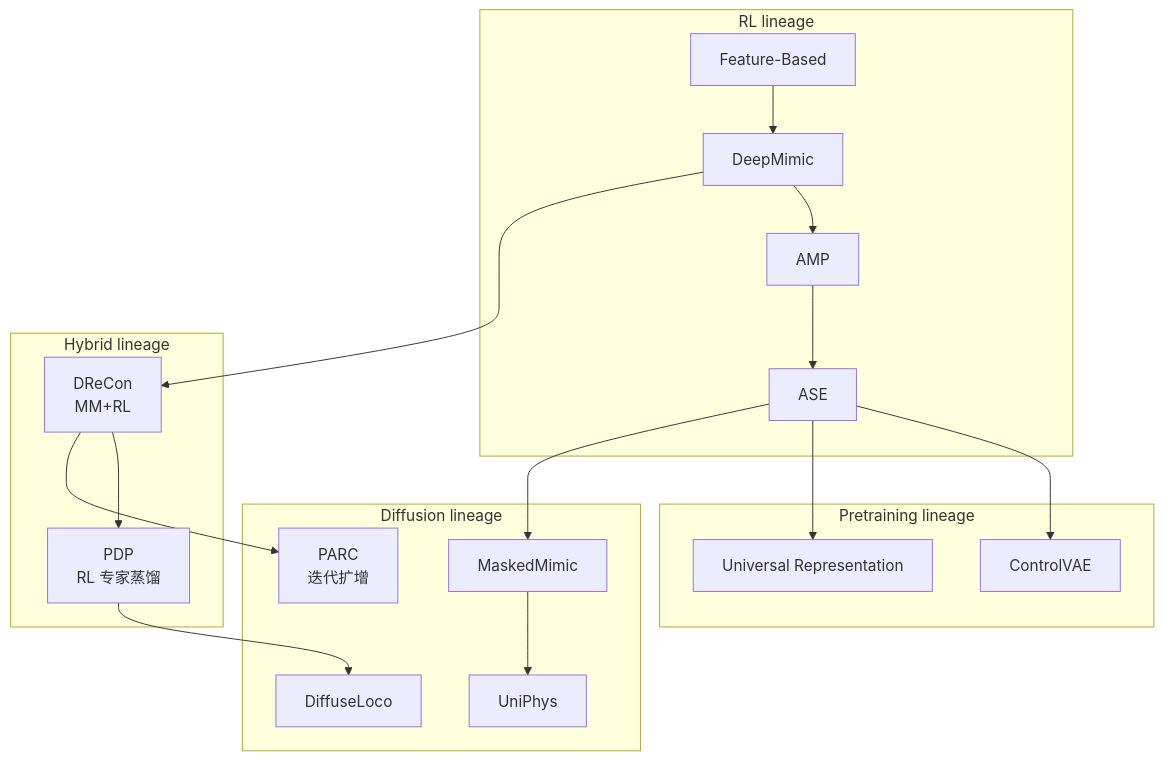
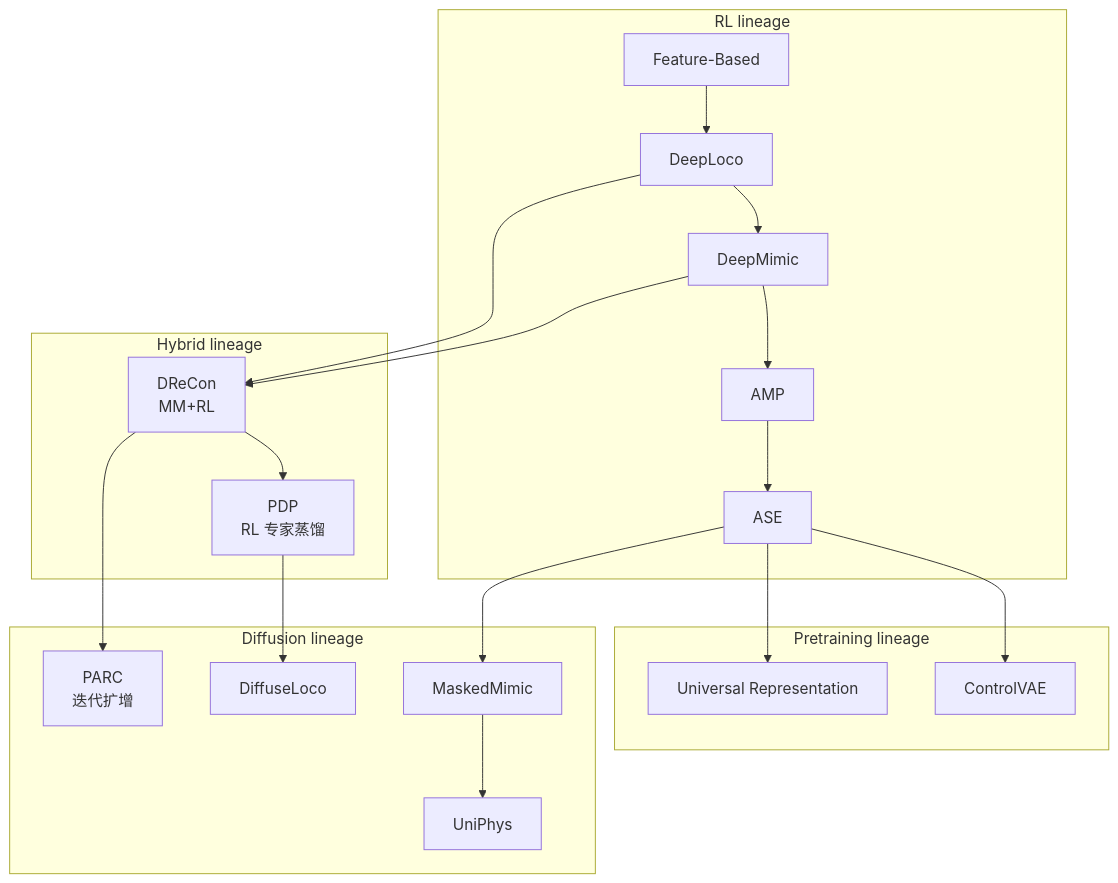
Diagram 13 of 27 in src/Locomotion_Survey.md (CaterpillarStudyGroup/GAMES105_mdbook), drawn with Mermaid before and after one commit. The commit also changed other lines of this file, not shown here.

````diff
--- a/src/Locomotion_Survey.md
+++ b/src/Locomotion_Survey.md
@@ -823,25 +847,27 @@
 ```mermaid
 flowchart TB
     subgraph RL["RL lineage"]
-        FB["Feature-Based"] --> DM["DeepMimic"]
+        FB["Feature-Based"] --> DL["DeepLoco"]
+        DL --> DM["DeepMimic"]
         DM --> AMP["AMP"]
         AMP --> ASE["ASE"]
     end
 
     subgraph Hybrid["Hybrid lineage"]
-        DM --> DReCon["DReCon<br/>MM+RL"]
+        DL --> DReCon["DReCon<br/>MM+RL"]
+        DM --> DReCon
         DReCon --> PDP["PDP<br/>RL 专家蒸馏"]
     end
 
     subgraph Pretrain["Pretraining lineage"]
         ASE --> CVAE["ControlVAE"]
         ASE --> UniRep["Universal Representation"]
     end
 
     subgraph Diffusion["Diffusion lineage"]
         PDP --> DiffuseLoco["DiffuseLoco"]
         ASE --> MaskedMimic["MaskedMimic"]
         MaskedMimic --> UniPhys["UniPhys"]
         DReCon --> PARC["PARC<br/>迭代扩增"]
     end
 ```
````
